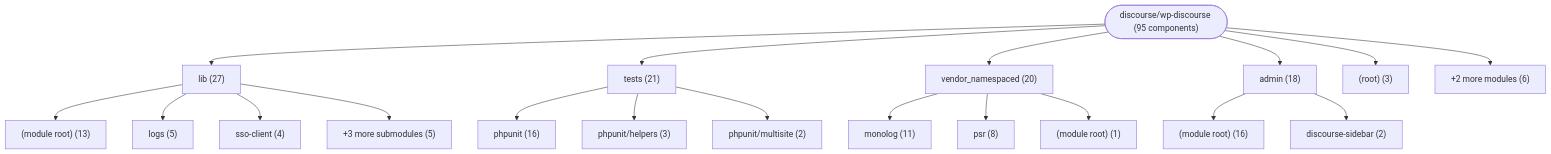
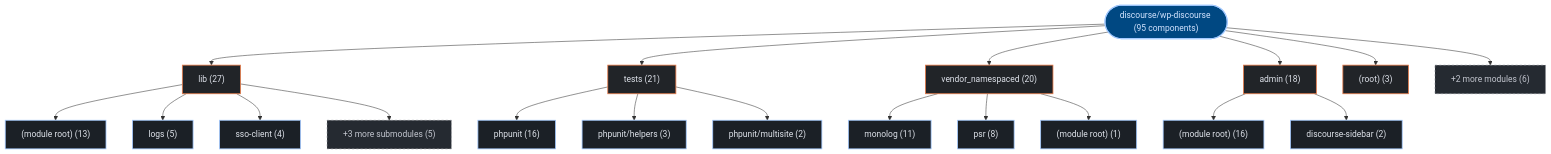
The first of 2 diagrams in exports/latest/reports/discourse-wp-discourse-report.md (kumarshaz/atruss-code-atlas), drawn with Mermaid before and after one commit. The commit also changed other lines of this file and 331 other files, not shown here.

Commit message:
docs,ui,fix: update SDLC docs, reorder CI/CD DAG first, stylize Mermaid, and fix Arc42 pipeline topology

````diff
--- a/exports/latest/reports/discourse-wp-discourse-report.md
+++ b/exports/latest/reports/discourse-wp-discourse-report.md
@@ -42,40 +42,47 @@
 ```mermaid
 graph TD;
-    repo_root(["discourse/wp-discourse (95 components)"])
-    dir_0_lib["lib (27)"]
+  classDef atlasRoot fill:#004882,stroke:#a3c9ff,stroke-width:2px,color:#d3e4ff
+  classDef atlasCategory fill:#212428,stroke:#E87A48,stroke-width:1.5px,color:#dfe3eb
+  classDef atlasWorkflow fill:#1b2026,stroke:#a3c9ff,stroke-width:1.5px,color:#dfe3eb
+  classDef atlasJob fill:#171c22,stroke:#8d9199,stroke-width:1px,color:#dfe3eb
+  classDef atlasTarget fill:#005227,stroke:#8bd99b,stroke-width:1.5px,color:#a7f6b6
+  classDef atlasAlert fill:#93000a,stroke:#ffb4ab,stroke-width:1.5px,color:#ffdad6
+  classDef atlasMore fill:#252a31,stroke:#8d9199,stroke-dasharray:4 4,color:#c3c6cf
+    repo_root(["discourse/wp-discourse (95 components)"]):::atlasRoot
+    dir_0_lib["lib (27)"]:::atlasCategory
     repo_root --> dir_0_lib
-    sub_0_0__module_root_["(module root) (13)"]
+    sub_0_0__module_root_["(module root) (13)"]:::atlasWorkflow
     dir_0_lib --> sub_0_0__module_root_
-    sub_0_1_logs["logs (5)"]
+    sub_0_1_logs["logs (5)"]:::atlasWorkflow
     dir_0_lib --> sub_0_1_logs
-    sub_0_2_sso_client["sso-client (4)"]
+    sub_0_2_sso_client["sso-client (4)"]:::atlasWorkflow
     dir_0_lib --> sub_0_2_sso_client
-    sub_0_more["+3 more submodules (5)"]
+    sub_0_more["+3 more submodules (5)"]:::atlasMore
     dir_0_lib --> sub_0_more
-    dir_1_tests["tests (21)"]
+    dir_1_tests["tests (21)"]:::atlasCategory
     repo_root --> dir_1_tests
-    sub_1_0_phpunit["phpunit (16)"]
+    sub_1_0_phpunit["phpunit (16)"]:::atlasWorkflow
     dir_1_tests --> sub_1_0_phpunit
-    sub_1_1_phpunit_helpers["phpunit/helpers (3)"]
+    sub_1_1_phpunit_helpers["phpunit/helpers (3)"]:::atlasWorkflow
     dir_1_tests --> sub_1_1_phpunit_helpers
-    sub_1_2_phpunit_multisite["phpunit/multisite (2)"]
+    sub_1_2_phpunit_multisite["phpunit/multisite (2)"]:::atlasWorkflow
     dir_1_tests --> sub_1_2_phpunit_multisite
-    dir_2_vendor_namespaced["vendor_namespaced (20)"]
+    dir_2_vendor_namespaced["vendor_namespaced (20)"]:::atlasCategory
     repo_root --> dir_2_vendor_namespaced
-    sub_2_0_monolog["monolog (11)"]
+    sub_2_0_monolog["monolog (11)"]:::atlasWorkflow
     dir_2_vendor_namespaced --> sub_2_0_monolog
-    sub_2_1_psr["psr (8)"]
+    sub_2_1_psr["psr (8)"]:::atlasWorkflow
     dir_2_vendor_namespaced --> sub_2_1_psr
-    sub_2_2__module_root_["(module root) (1)"]
+    sub_2_2__module_root_["(module root) (1)"]:::atlasWorkflow
     dir_2_vendor_namespaced --> sub_2_2__module_root_
-    dir_3_admin["admin (18)"]
+    dir_3_admin["admin (18)"]:::atlasCategory
     repo_root --> dir_3_admin
-    sub_3_0__module_root_["(module root) (16)"]
+    sub_3_0__module_root_["(module root) (16)"]:::atlasWorkflow
     dir_3_admin --> sub_3_0__module_root_
-    sub_3_1_discourse_sidebar["discourse-sidebar (2)"]
+    sub_3_1_discourse_sidebar["discourse-sidebar (2)"]:::atlasWorkflow
     dir_3_admin --> sub_3_1_discourse_sidebar
-    dir_4__root_["(root) (3)"]
+    dir_4__root_["(root) (3)"]:::atlasCategory
     repo_root --> dir_4__root_
-    dir_other_modules["+2 more modules (6)"]
+    dir_other_modules["+2 more modules (6)"]:::atlasMore
     repo_root --> dir_other_modules
 ```
````
